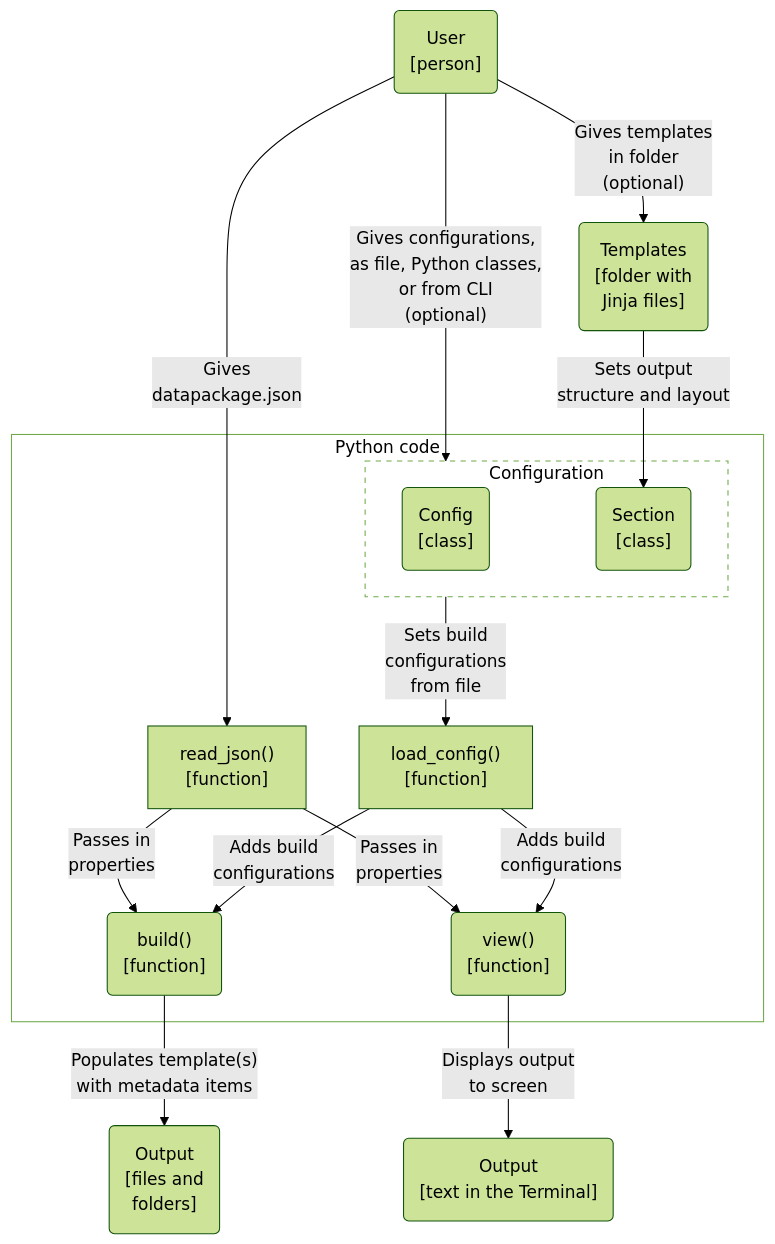
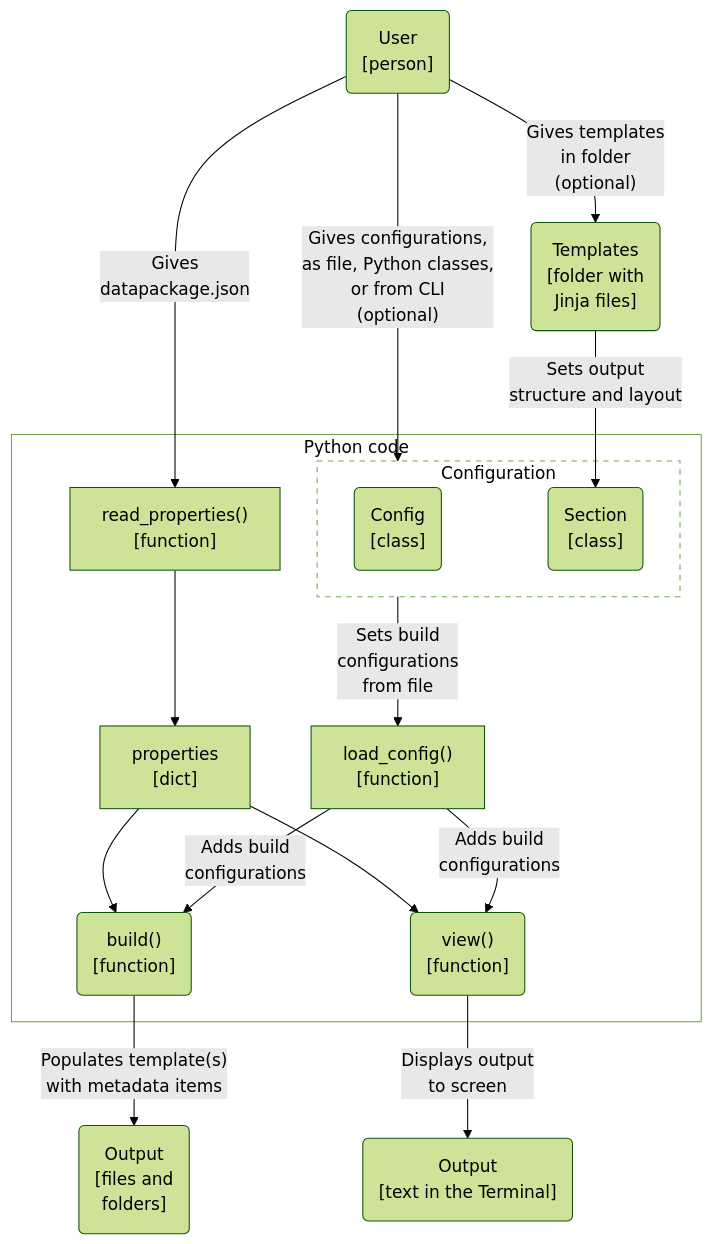
The third of 3 diagrams in docs/design/architecture.qmd (seedcase-project/seedcase-flower), drawn with Mermaid (forest theme) before and after one commit. The commit also changed other lines of this file and 2 other files, not shown here.

Commit message:
docs: :building_construction: explain using `check-datapackage` (#103)
# Description

Add some hidden comments and todo that we will use another package to
read in the properties.

Closes #94

Needs a thorough review.

## Checklist

- [x] Formatted Markdown
- [x] Ran `just run-all`

---------

````diff
--- a/docs/design/architecture.qmd
+++ b/docs/design/architecture.qmd
@@ -231,39 +233,41 @@
 ```{mermaid}
 %%| label: fig-c4-component
 %%| fig-cap: "C4 component diagram showing the parts of the Python package that contribute to the CLI and their connections."
 flowchart
 
     subgraph python_package["Python code"]
 
         subgraph config_file["Configuration"]
             config("Config<br>[class]")
             section("Section<br>[class]")
         end
 
         load_config["load_config()<br>[function]"]
-        read_json["read_json()<br>[function]"]
+        read_properties["read_properties()<br>[function]"]
+        properties["properties<br>[dict]"]
         build("build()<br>[function]")
         view("view()<br>[function]")
 
         config_file -- "Sets build<br>configurations<br>from file" --> load_config
 
-        read_json --"Passes in<br>properties"--> build & view
+        read_properties --> properties
+        properties --> build & view
         load_config -- "Adds build<br>configurations" --> build & view
     end
 
     templates("Templates<br>[folder with<br>Jinja files]")
     user("User<br>[person]")
     output_files("Output<br>[files and<br>folders]")
     output_screen("Output<br>[text in the Terminal]")
 
     templates --"Sets output<br>structure and layout"--> section
-    user --"Gives<br>datapackage.json"--> read_json
+    user --"Gives<br>datapackage.json"--> read_properties
     user --"Gives configurations,<br>as file, Python classes,<br>or from CLI<br>(optional)"--> config_file
     user --"Gives templates<br>in folder<br>(optional)"--> templates
     build --"Populates template(s)<br>with metadata items"--> output_files
     view --"Displays output<br>to screen"--> output_screen
 
     %% Styling
     style python_package fill:#FFFFFF, color:#000000
     style config_file fill:#FFFFFF, color:#000000, stroke-dasharray: 5 5
 ```
````
